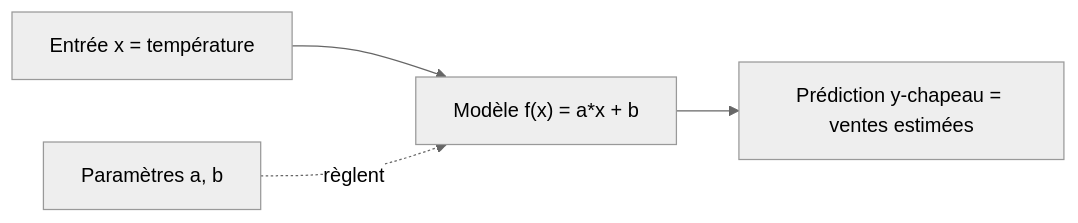
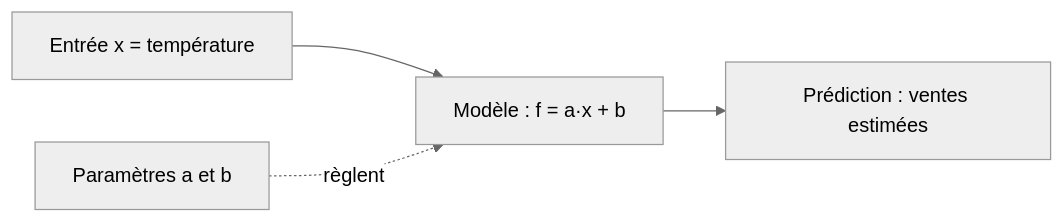
One commit to tanguychenier/Mathematiques-pour-le-Machine-Learning changed the second of 5 diagrams in chapitres/01-introduction-et-motivation.md. Above: the diagram before and after it, drawn with Mermaid (neutral theme).

Commit message:
fix(ch1): repair the model Mermaid diagram (drop parens and asterisk from labels)

````diff
--- a/chapitres/01-introduction-et-motivation.md
+++ b/chapitres/01-introduction-et-motivation.md
@@ -110,6 +110,6 @@
 ```mermaid
 flowchart LR
-    X["Entrée x = température"] --> F["Modèle f(x) = a*x + b"]
-    F --> Y["Prédiction y-chapeau = ventes estimées"]
-    A["Paramètres a, b"] -.règlent.-> F
+    X["Entrée x = température"] --> F["Modèle : f = a·x + b"]
+    F --> Y["Prédiction : ventes estimées"]
+    A["Paramètres a et b"] -.règlent.-> F
 ```
````
